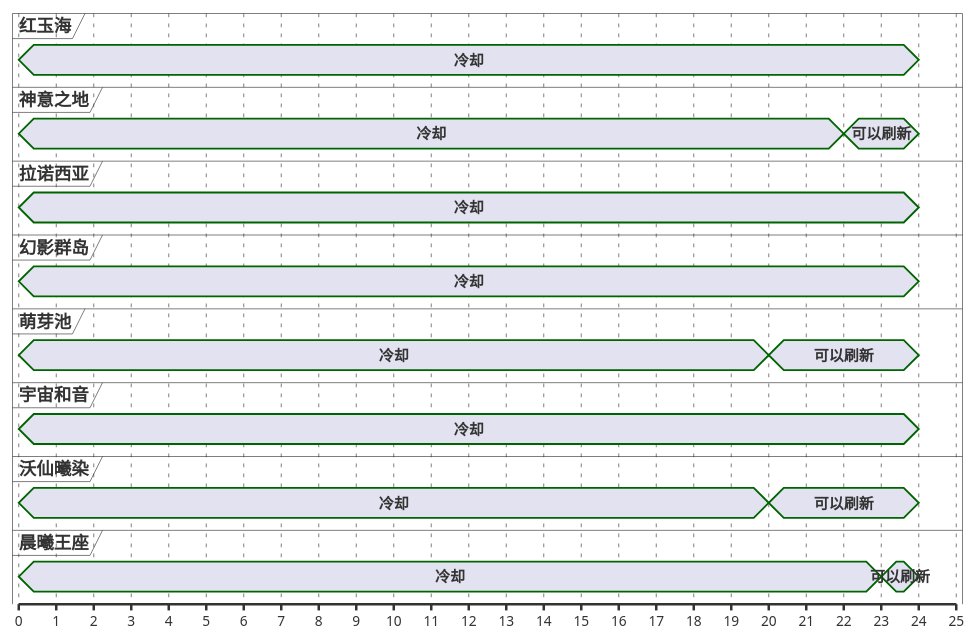
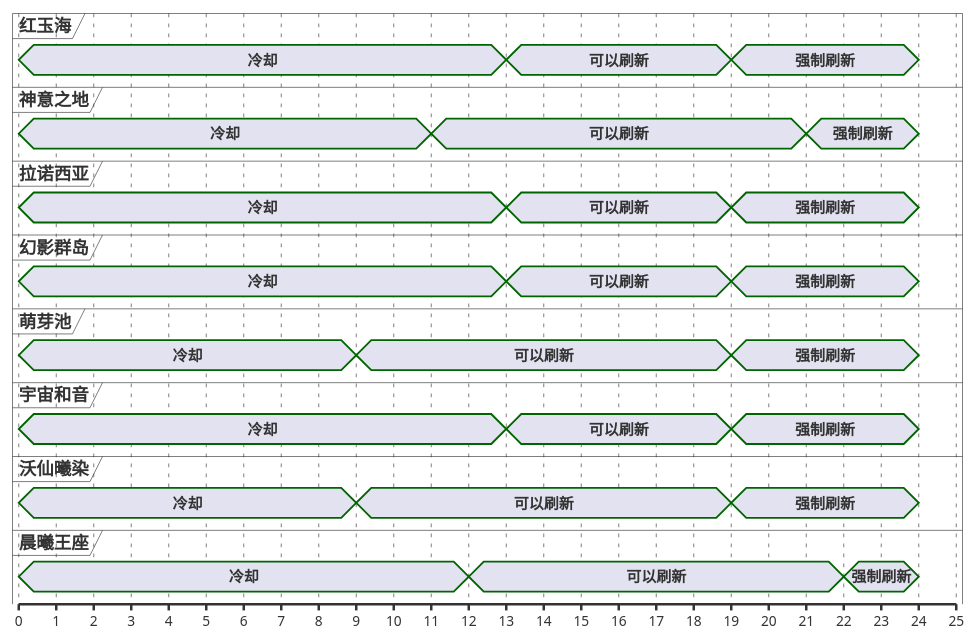
Before and after one commit to Eroleice/doc-pi: the first of 13 diagrams in ffxiv/hunt/2.0/Bonnacon.md, drawn with PlantUML. The commit also changed other lines of this file and 38 other files, not shown here.

````diff
--- a/ffxiv/hunt/2.0/Bonnacon.md
+++ b/ffxiv/hunt/2.0/Bonnacon.md
@@ -33,51 +33,63 @@
 ```plantuml
 @startuml
 scale 1 as 30 pixels
 
 concise 红玉海
 concise 神意之地
 concise 拉诺西亚
 concise 幻影群岛
 concise 萌芽池
 concise 宇宙和音
 concise 沃仙曦染
 concise 晨曦王座
 
 @萌芽池
 0 is 冷却
-20 is 可以刷新
+9 is 可以刷新
+19 is 强制刷新
 24 is {hidden}
 
 @沃仙曦染
 0 is 冷却
-20 is 可以刷新
+9 is 可以刷新
+19 is 强制刷新
 24 is {hidden}
 
 @宇宙和音
 0 is 冷却
+13 is 可以刷新
+19 is 强制刷新
 24 is {hidden}
 
 @红玉海
 0 is 冷却
+13 is 可以刷新
+19 is 强制刷新
 24 is {hidden}
 
 @拉诺西亚
 0 is 冷却
+13 is 可以刷新
+19 is 强制刷新
 24 is {hidden}
 
 @幻影群岛
 0 is 冷却
+13 is 可以刷新
+19 is 强制刷新
 24 is {hidden}
 
 @神意之地
 0 is 冷却
-22 is 可以刷新
+11 is 可以刷新
+21 is 强制刷新
 24 is {hidden}
 
 @晨曦王座
 0 is 冷却
-23 is 可以刷新
+12 is 可以刷新
+22 is 强制刷新
 24 is {hidden}
 
 @enduml
 ```
````
